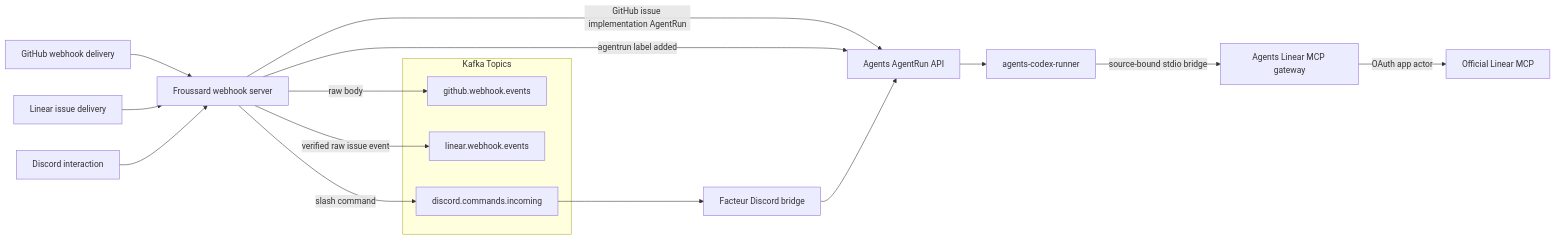
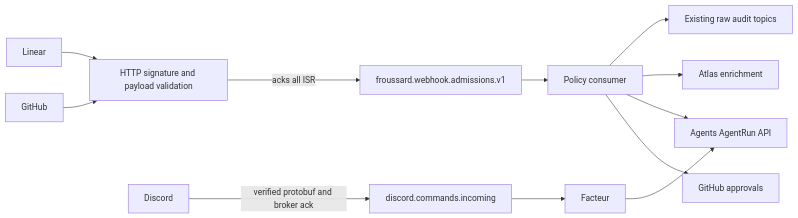
Before and after one commit to proompteng/lab: the diagram in apps/froussard/README.md, drawn with Mermaid. The commit also changed other lines of this file and 33 other files, not shown here.

Commit message:
fix(froussard): durably admit webhooks before policy work

````diff
--- a/apps/froussard/README.md
+++ b/apps/froussard/README.md
@@ -41,21 +66,14 @@
 ```mermaid
 flowchart LR
-  GH[GitHub webhook delivery] --> Froussard[Froussard webhook server]
-  Linear[Linear issue delivery] --> Froussard
-  Discord[Discord interaction] --> Froussard
-  subgraph Kafka Topics
-    Raw[github.webhook.events]
-    LinearRaw[linear.webhook.events]
-    DiscordTopic[discord.commands.incoming]
-  end
-  Froussard -->|raw body| Raw
-  Froussard -->|verified raw issue event| LinearRaw
-  Froussard -->|GitHub issue implementation AgentRun| Agents
-  Froussard -->|agentrun label added| Agents
-  Froussard -->|slash command| DiscordTopic
-  DiscordTopic --> Facteur[Facteur Discord bridge]
-  Facteur --> Agents[Agents AgentRun API]
-  Agents --> Runner[agents-codex-runner]
-  Runner -->|source-bound stdio bridge| LinearGateway[Agents Linear MCP gateway]
-  LinearGateway -->|OAuth app actor| LinearMcp[Official Linear MCP]
+  GitHub --> Verify[HTTP signature and payload validation]
+  Linear --> Verify
+  Verify -->|acks all ISR| Admission[froussard.webhook.admissions.v1]
+  Admission --> Worker[Policy consumer]
+  Worker --> GitHubAPI[GitHub approvals]
+  Worker --> Agents[Agents AgentRun API]
+  Worker --> Atlas[Atlas enrichment]
+  Worker --> Audit[Existing raw audit topics]
+  Discord -->|verified protobuf and broker ack| Commands[discord.commands.incoming]
+  Commands --> Facteur
+  Facteur --> Agents
 ```
````
